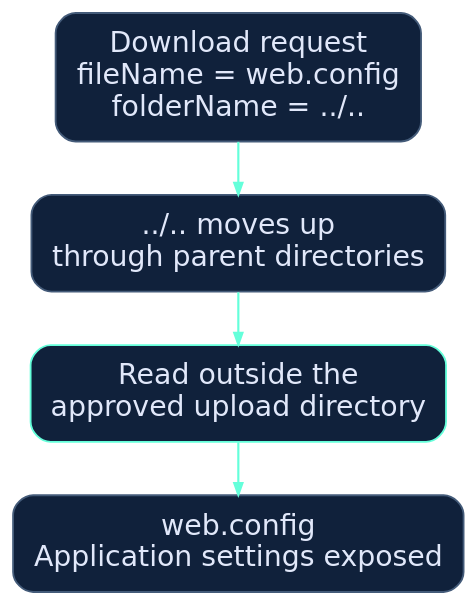
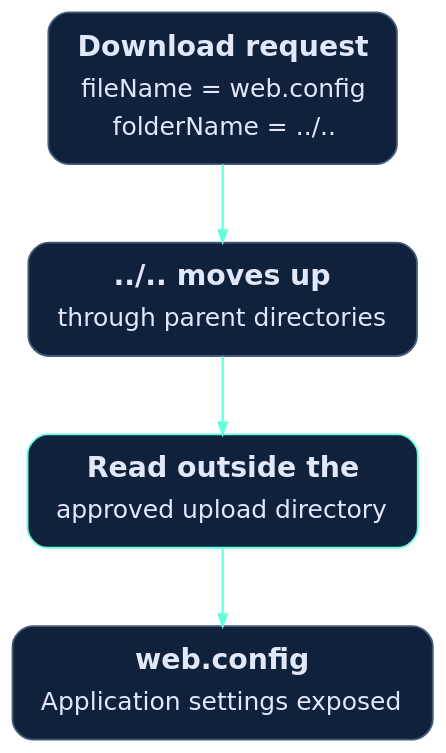
Before and after one commit to rylena/PortfolioWebsite: the diagram in assets/diagrams/source/gisec-path-traversal.dot, drawn with Graphviz. The commit also changed 35 other files, not shown here.

First line of the commit message:
Publish hospital security writeup and improve blog diagrams

```diff
--- a/assets/diagrams/source/gisec-path-traversal.dot
+++ b/assets/diagrams/source/gisec-path-traversal.dot
@@ -1,12 +1,12 @@
 digraph G {
-  graph [rankdir=TB, bgcolor="transparent", pad="0.15", nodesep="0.32", ranksep="0.45", splines=polyline];
-  node [shape=box, style="rounded,filled", fillcolor="#10213b", color="#445b79", fontcolor="#e1e8fa", fontname="DejaVu Sans", fontsize=17, margin="0.18,0.14", penwidth=1.1];
+  graph [rankdir=TB, bgcolor="transparent", pad="0.22", nodesep="0.55", ranksep="0.65", splines=polyline];
+  node [shape=box, style="rounded,filled", fillcolor="#10213b", color="#445b79", fontcolor="#e1e8fa", fontname="DejaVu Sans", fontsize=17, margin="0.20,0.14", penwidth=1.1];
   edge [color="#64ffda", fontcolor="#bdcbe4", fontname="DejaVu Sans", fontsize=14, arrowsize=0.7, penwidth=1.3];
-  input [label="Download request\nfileName = web.config\nfolderName = ../.."];
-  parent [label="../.. moves up\nthrough parent directories"];
-  escape [label="Read outside the\napproved upload directory", color="#64ffda"];
-  config [label="web.config\nApplication settings exposed"];
+  input [label=<<TABLE BORDER="0" CELLBORDER="0" CELLSPACING="0" CELLPADDING="3"><TR><TD><B>Download request</B></TD></TR><TR><TD><FONT POINT-SIZE="15">fileName = web.config</FONT></TD></TR><TR><TD><FONT POINT-SIZE="15">folderName = ../..</FONT></TD></TR></TABLE>>];
+  parent [label=<<TABLE BORDER="0" CELLBORDER="0" CELLSPACING="0" CELLPADDING="3"><TR><TD><B>../.. moves up</B></TD></TR><TR><TD><FONT POINT-SIZE="15">through parent directories</FONT></TD></TR></TABLE>>];
+  escape [label=<<TABLE BORDER="0" CELLBORDER="0" CELLSPACING="0" CELLPADDING="3"><TR><TD><B>Read outside the</B></TD></TR><TR><TD><FONT POINT-SIZE="15">approved upload directory</FONT></TD></TR></TABLE>>, color="#64ffda"];
+  config [label=<<TABLE BORDER="0" CELLBORDER="0" CELLSPACING="0" CELLPADDING="3"><TR><TD><B>web.config</B></TD></TR><TR><TD><FONT POINT-SIZE="15">Application settings exposed</FONT></TD></TR></TABLE>>];
   input -> parent;
   parent -> escape;
   escape -> config;
 }
```
